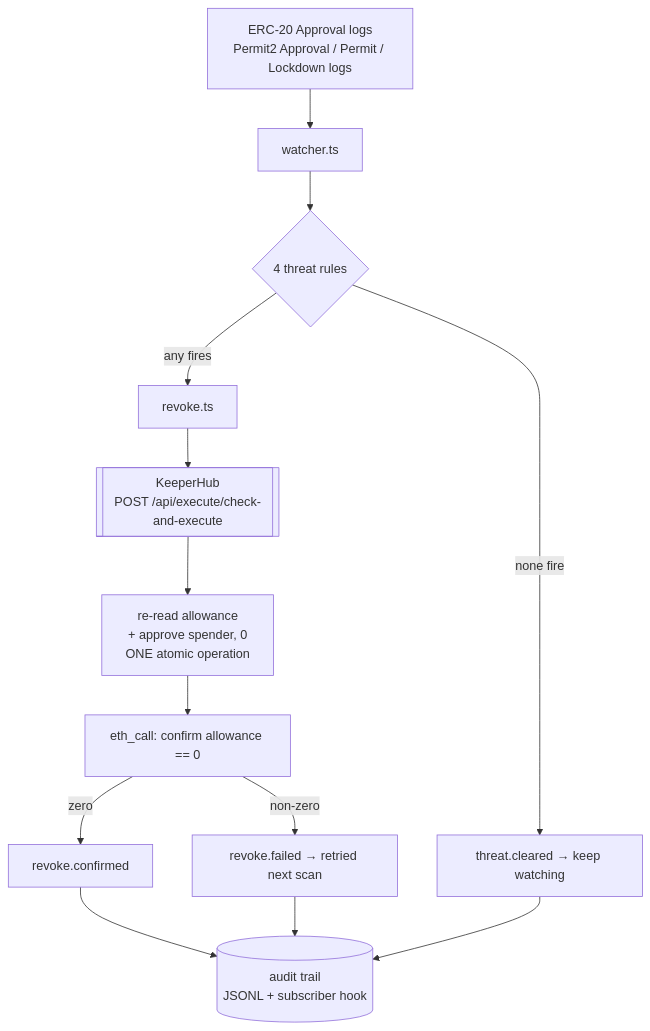
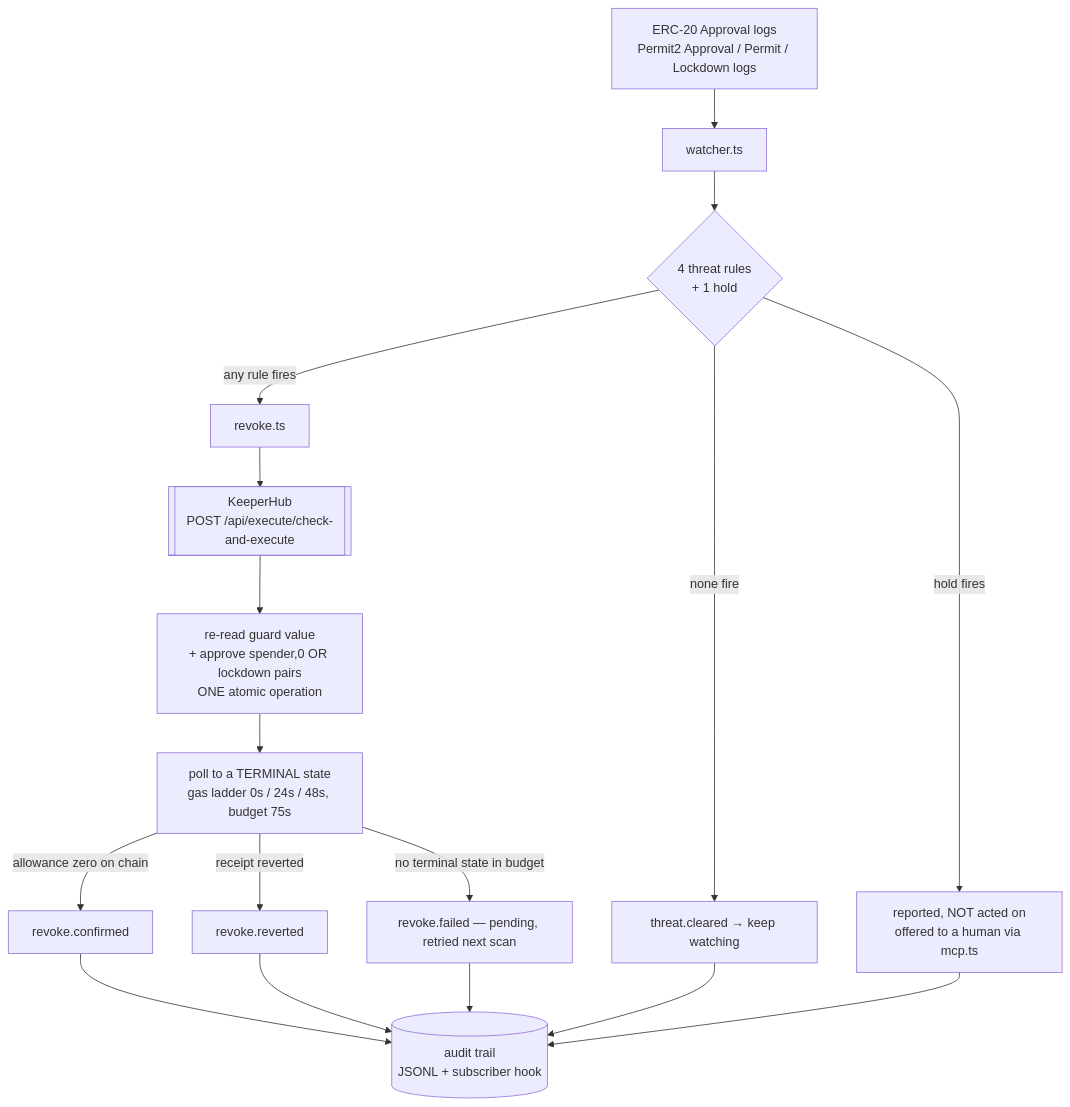
One commit to edycutjong/revoker changed the first of 2 diagrams in ARCHITECTURE.md. Above: the diagram before and after it, drawn with Mermaid. The commit also changed other lines of this file and 7 other files, not shown here.

````diff
--- a/ARCHITECTURE.md
+++ b/ARCHITECTURE.md
@@ -16,15 +46,19 @@
 ```mermaid
 flowchart TD
     A[ERC-20 Approval logs<br/>Permit2 Approval / Permit / Lockdown logs] --> B[watcher.ts]
-    B --> C{4 threat rules}
+    B --> C{4 threat rules<br/>+ 1 hold}
     C -->|none fire| D[threat.cleared → keep watching]
-    C -->|any fires| E[revoke.ts]
+    C -->|hold fires| H2[reported, NOT acted on<br/>offered to a human via mcp.ts]
+    C -->|any rule fires| E[revoke.ts]
     E --> F[["KeeperHub<br/>POST /api/execute/check-and-execute"]]
-    F --> G[re-read allowance<br/>+ approve spender, 0<br/>ONE atomic operation]
-    G --> H[eth_call: confirm allowance == 0]
-    H -->|zero| I[revoke.confirmed]
-    H -->|non-zero| J[revoke.failed → retried next scan]
+    F --> G[re-read guard value<br/>+ approve spender,0 OR lockdown pairs<br/>ONE atomic operation]
+    G --> P[poll to a TERMINAL state<br/>gas ladder 0s / 24s / 48s, budget 75s]
+    P -->|allowance zero on chain| I[revoke.confirmed]
+    P -->|receipt reverted| R[revoke.reverted]
+    P -->|no terminal state in budget| J[revoke.failed — pending, retried next scan]
     I --> K[(audit trail<br/>JSONL + subscriber hook)]
+    R --> K
     J --> K
     D --> K
+    H2 --> K
 ```
````
